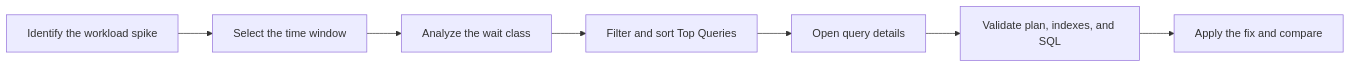
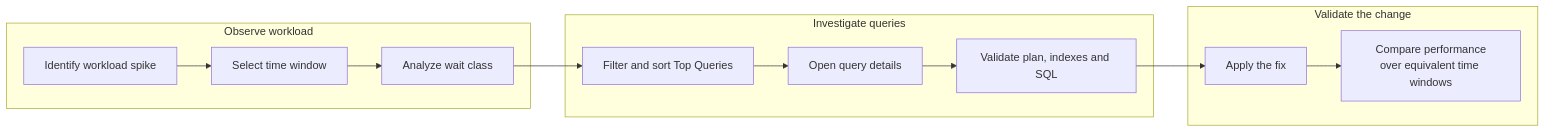
Before and after one commit to costacristiano-lang/PostgreSQL-Query-Insights-OCI: the diagram in README.md, drawn with Mermaid.

Commit message:
Padroniza diagramas do procedimento com Mermaid

````diff
--- a/README.md
+++ b/README.md
@@ -101,9 +101,22 @@
 ```mermaid
 flowchart LR
-    A["Identify the workload spike"] --> B["Select the time window"]
-    B --> C["Analyze the wait class"]
-    C --> D["Filter and sort Top Queries"]
-    D --> E["Open query details"]
-    E --> F["Validate plan, indexes, and SQL"]
-    F --> G["Apply the fix and compare"]
+    subgraph OBSERVE["Observe workload"]
+        A["Identify workload spike"]
+        B["Select time window"]
+        C["Analyze wait class"]
+        A --> B --> C
+    end
+    subgraph INVESTIGATE["Investigate queries"]
+        D["Filter and sort Top Queries"]
+        E["Open query details"]
+        F["Validate plan, indexes and SQL"]
+        D --> E --> F
+    end
+    subgraph VALIDATE["Validate the change"]
+        G["Apply the fix"]
+        H["Compare performance<br/>over equivalent time windows"]
+        G --> H
+    end
+    C --> D
+    F --> G
 ```
````
